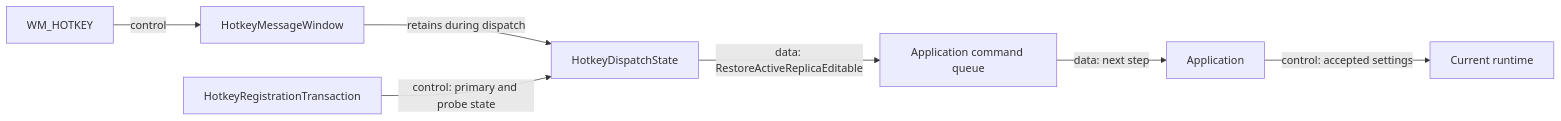
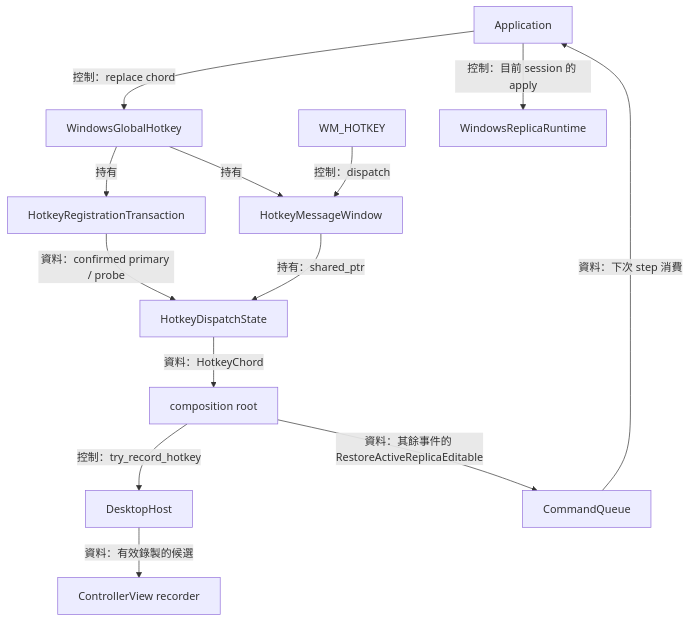
One commit to Mes0903/avb0795 changed diagram 11 of 17 in docs/architecture/windows-runtime-overlay.md. Above: the diagram before and after it, drawn with Mermaid. The commit also changed other lines of this file and 156 other files, not shown here.

````diff
--- a/docs/architecture/windows-runtime-overlay.md
+++ b/docs/architecture/windows-runtime-overlay.md
@@ -224,9 +377,15 @@
 ```mermaid
-flowchart LR
-    OS[WM_HOTKEY] -->|control| Window[HotkeyMessageWindow]
-    Window -->|retains during dispatch| Dispatch[HotkeyDispatchState]
-    Transaction[HotkeyRegistrationTransaction] -->|control: primary and probe state| Dispatch
-    Dispatch -->|data: RestoreActiveReplicaEditable| Queue[Application command queue]
-    Queue -->|data: next step| Application[Application]
-    Application -->|control: accepted settings| Runtime[Current runtime]
+flowchart TB
+    App[Application] -->|控制：replace chord| Hotkey[WindowsGlobalHotkey]
+    Hotkey -->|持有| Transaction[HotkeyRegistrationTransaction]
+    Hotkey -->|持有| Window[HotkeyMessageWindow]
+    Window -->|持有：shared_ptr| State[HotkeyDispatchState]
+    Transaction -->|資料：confirmed primary / probe| State
+    OS[WM_HOTKEY] -->|控制：dispatch| Window
+    State -->|資料：HotkeyChord| Main[composition root]
+    Main -->|控制：try_record_hotkey| Host[DesktopHost]
+    Host -->|資料：有效錄製的候選| Recorder[ControllerView recorder]
+    Main -->|資料：其餘事件的 RestoreActiveReplicaEditable| Queue[CommandQueue]
+    Queue -->|資料：下次 step 消費| App
+    App -->|控制：目前 session 的 apply| Runtime[WindowsReplicaRuntime]
 ```
````
